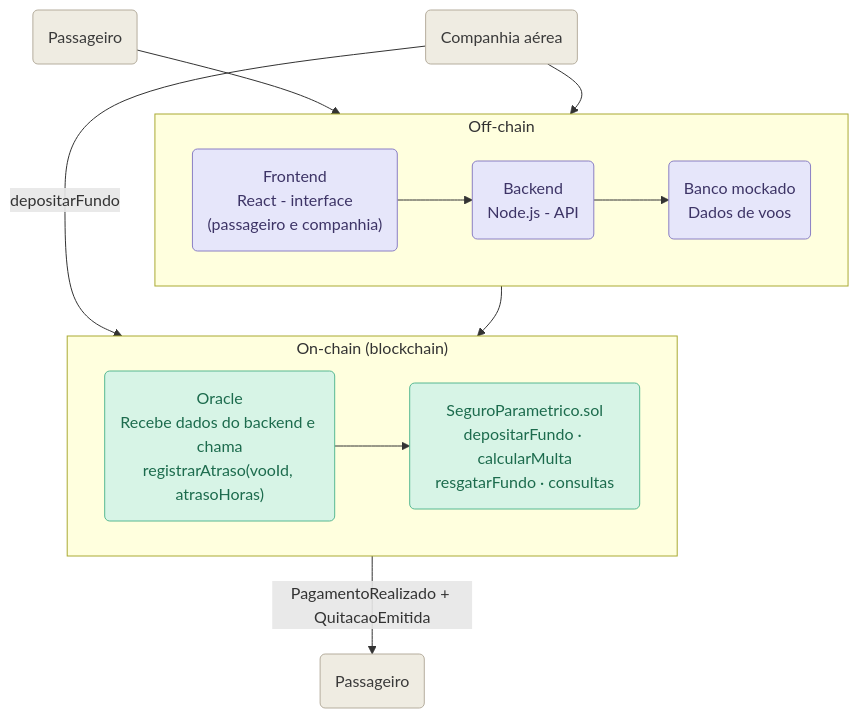
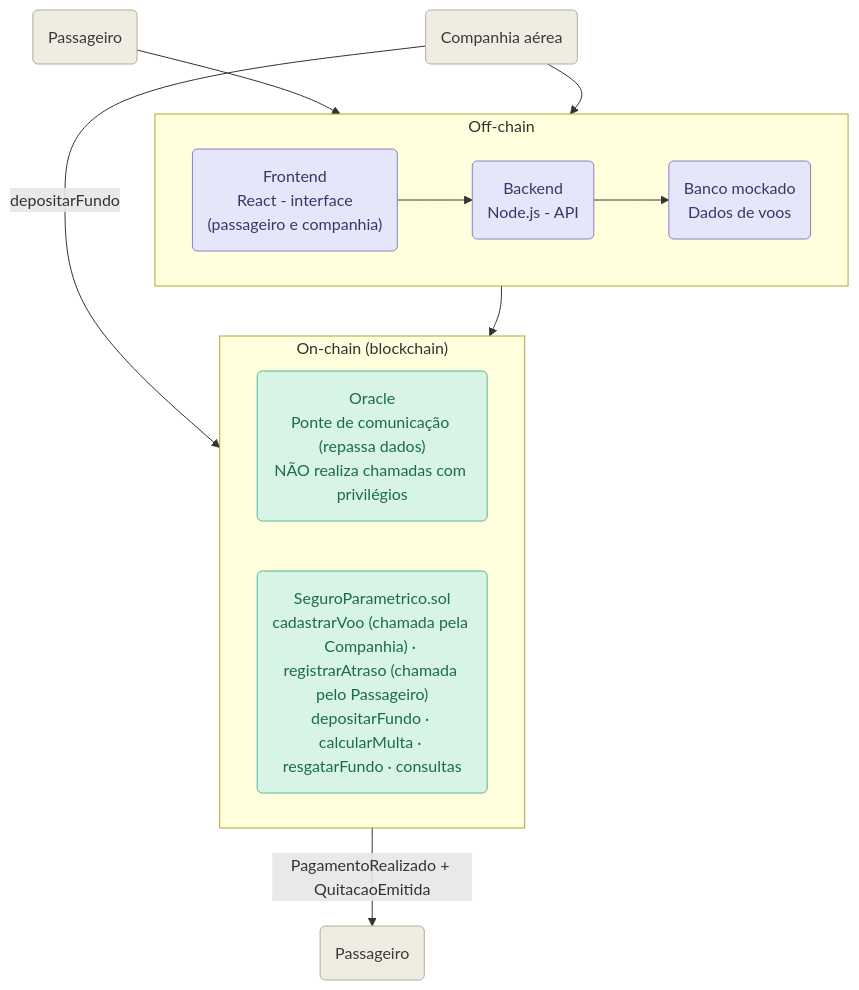
The diagram in docs/diagrama-arquitetura-base.md (Joaogomesbrandao/AcordoInstant), drawn with Mermaid before and after one commit. The commit also changed other lines of this file and 4 other files, not shown here.

Commit message:
feat: update architecture and smart-contract

````diff
--- a/docs/diagrama-arquitetura-base.md
+++ b/docs/diagrama-arquitetura-base.md
@@ -9,35 +9,35 @@
 ```mermaid
 flowchart TB
     Passageiro1("Passageiro")
     Companhia("Companhia aérea")
     Passageiro2("Passageiro")
 
     subgraph OFF["Off-chain"]
         direction LR
         Frontend("Frontend<br/>React - interface<br/>(passageiro e companhia)")
         Backend("Backend<br/>Node.js - API")
         Banco("Banco mockado<br/>Dados de voos")
         Frontend --> Backend --> Banco
     end
 
     subgraph ON["On-chain (blockchain)"]
         direction LR
-        Oracle("Oracle<br/>Recebe dados do backend e chama<br/>registrarAtraso(vooId, atrasoHoras)")
-        Seguro("SeguroParametrico.sol<br/>depositarFundo · calcularMulta<br/>resgatarFundo · consultas")
-        Oracle --> Seguro
+        Oracle("Oracle<br/>Ponte de comunicação (repassa dados)<br/>NÃO realiza chamadas com privilégios")
+        Seguro("SeguroParametrico.sol<br/>cadastrarVoo (chamada pela Companhia) · registrarAtraso (chamada pelo Passageiro)<br/>depositarFundo · calcularMulta · resgatarFundo · consultas")
+        %% O oracle atua como ponte; as transações on-chain são feitas pelas contas apropriadas
     end
 
     Passageiro1 --> Frontend
     Companhia --> Frontend
     Backend --> Oracle
     Companhia -->|depositarFundo| Seguro
     Seguro -->|PagamentoRealizado + QuitacaoEmitida| Passageiro2
 
     classDef offchain fill:#e6e6fa,stroke:#8a7fc4,color:#3d3466;
     classDef onchain fill:#d7f4e6,stroke:#57b892,color:#1c6b4d;
     classDef atores fill:#efece2,stroke:#b5ad9d,color:#3a3a3a;
 
     class Frontend,Backend,Banco offchain;
     class Oracle,Seguro onchain;
     class Passageiro1,Passageiro2,Companhia atores;
 ```
````
